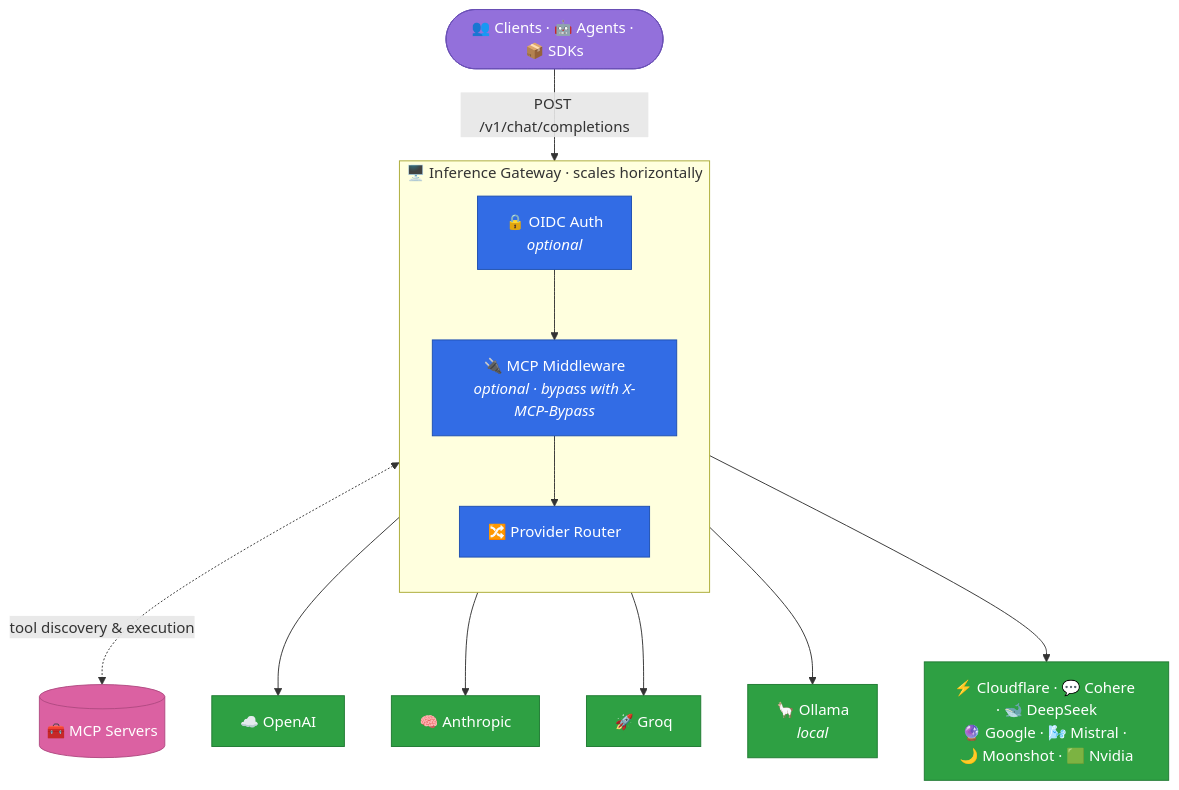
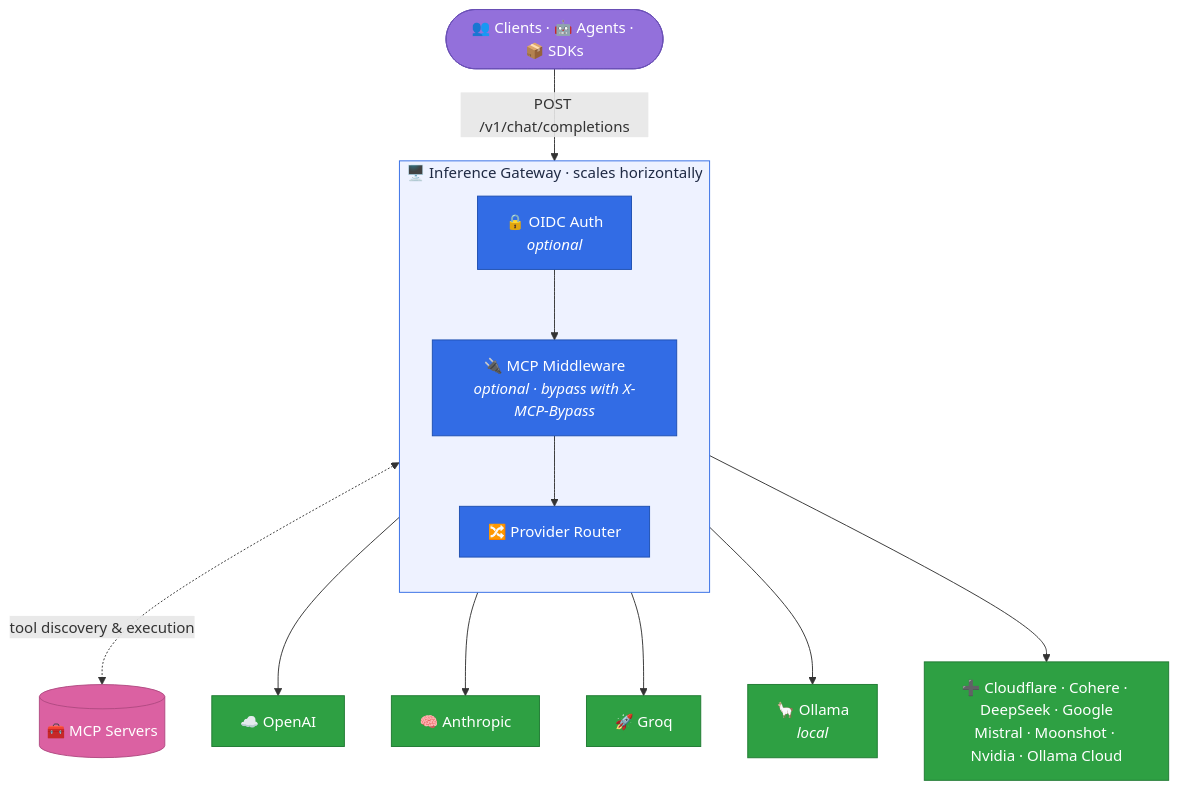
One commit to inference-gateway/inference-gateway changed the diagram in README.md. Above: the diagram before and after it, drawn with Mermaid.

Commit message:
docs: polish overview diagram styling

````diff
--- a/README.md
+++ b/README.md
@@ -80,29 +80,30 @@
 ```mermaid
 flowchart TD
     Clients(["👥 Clients · 🤖 Agents · 📦 SDKs"])
     Clients -->|"POST /v1/chat/completions"| Auth
 
     subgraph Gateway["🖥️ Inference Gateway · scales horizontally"]
         direction TB
         Auth["🔒 OIDC Auth<br/><i>optional</i>"] --> MCP["🔌 MCP Middleware<br/><i>optional · bypass with X-MCP-Bypass</i>"]
         MCP --> Router["🔀 Provider Router"]
     end
 
     MCP <-.->|"tool discovery & execution"| Tools[("🧰 MCP Servers")]
 
     Router --> OpenAI["☁️ OpenAI"]
     Router --> Anthropic["🧠 Anthropic"]
     Router --> Groq["🚀 Groq"]
     Router --> Ollama["🦙 Ollama<br/><i>local</i>"]
-    Router --> Others["⚡ Cloudflare · 💬 Cohere · 🐋 DeepSeek<br/>🔮 Google · 🌬️ Mistral · 🌙 Moonshot · 🟩 Nvidia"]
+    Router --> Others["➕ Cloudflare · Cohere · DeepSeek · Google<br/>Mistral · Moonshot · Nvidia · Ollama Cloud"]
 
+    style Gateway fill:#EEF2FF,stroke:#326CE5,stroke-width:1px,color:#1F2A44;
     classDef client fill:#9370DB,stroke:#6A4FB6,stroke-width:1px,color:#fff;
     classDef gw fill:#326CE5,stroke:#1E4FB0,stroke-width:1px,color:#fff;
     classDef provider fill:#2EA043,stroke:#1F7A32,stroke-width:1px,color:#fff;
     classDef mcp fill:#DB61A2,stroke:#B04A82,stroke-width:1px,color:#fff;
 
     class Clients client;
     class Auth,MCP,Router gw;
     class OpenAI,Anthropic,Groq,Ollama,Others provider;
     class Tools mcp;
 ```
````
